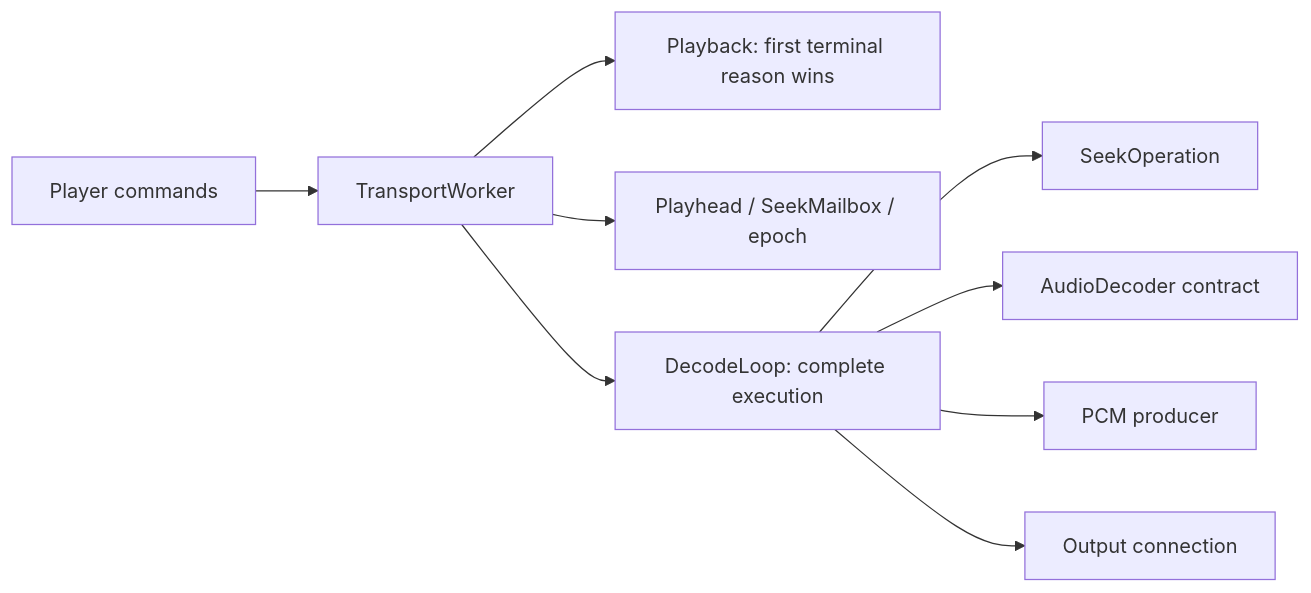
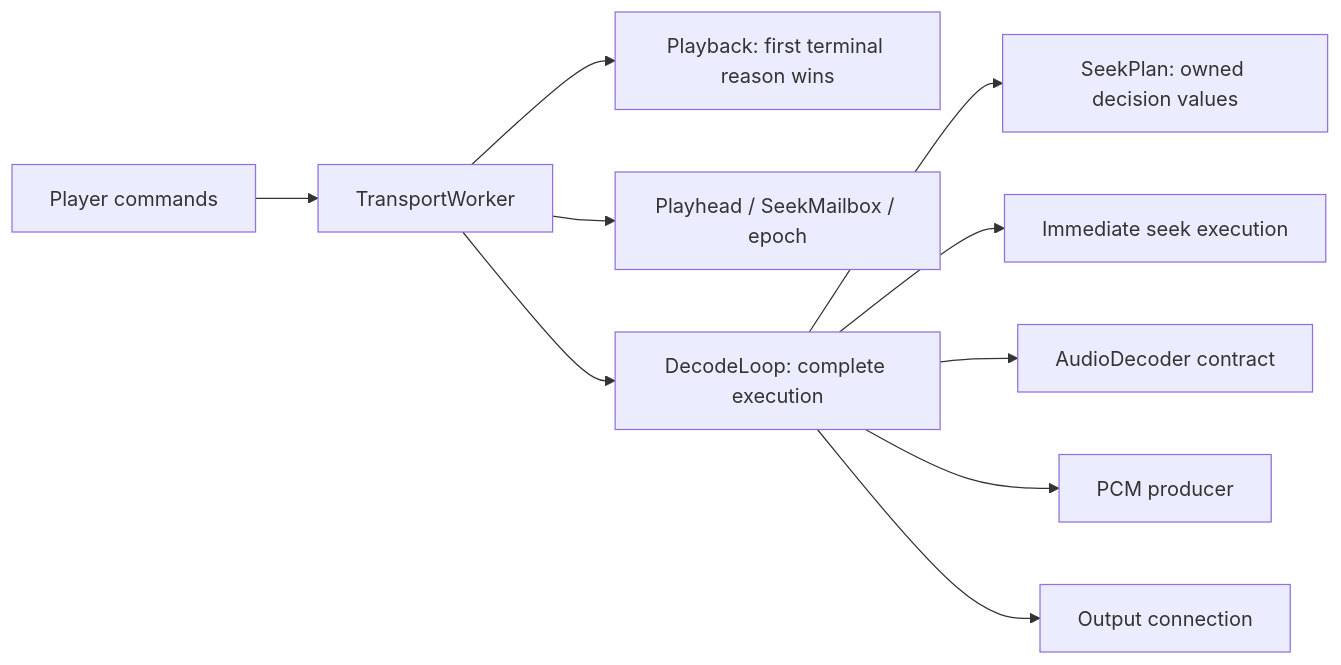
One commit to Vokerlee/wiola-player changed the diagram in src/playback/transport/README.md. Above: the diagram before and after it, drawn with Mermaid. The commit also changed other lines of this file and 12 other files, not shown here.

First line of the commit message:
playback: separate seek plans from immediate execution (#645)

````diff
--- a/src/playback/transport/README.md
+++ b/src/playback/transport/README.md
@@ -5,11 +5,12 @@
 ```mermaid
 flowchart LR
     Commands[Player commands] --> Worker[TransportWorker]
     Worker --> State[Playback: first terminal reason wins]
     Worker --> Head[Playhead / SeekMailbox / epoch]
     Worker --> Loop[DecodeLoop: complete execution]
-    Loop --> Seek[SeekOperation]
+    Loop --> Plan[SeekPlan: owned decision values]
+    Loop --> Seek[Immediate seek execution]
     Loop --> Media[AudioDecoder contract]
     Loop --> Queue[PCM producer]
     Loop --> Output[Output connection]
 ```
````
